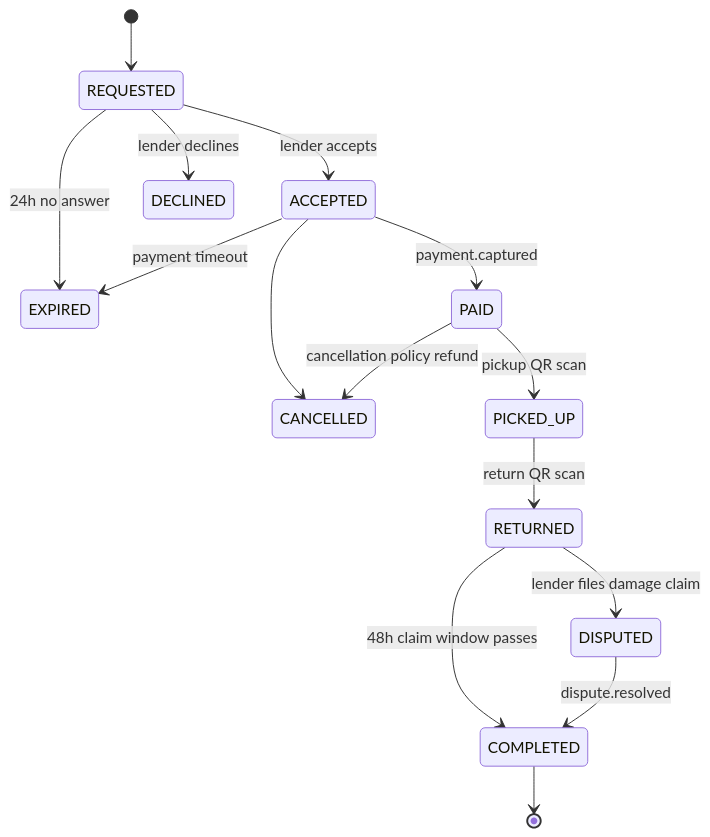
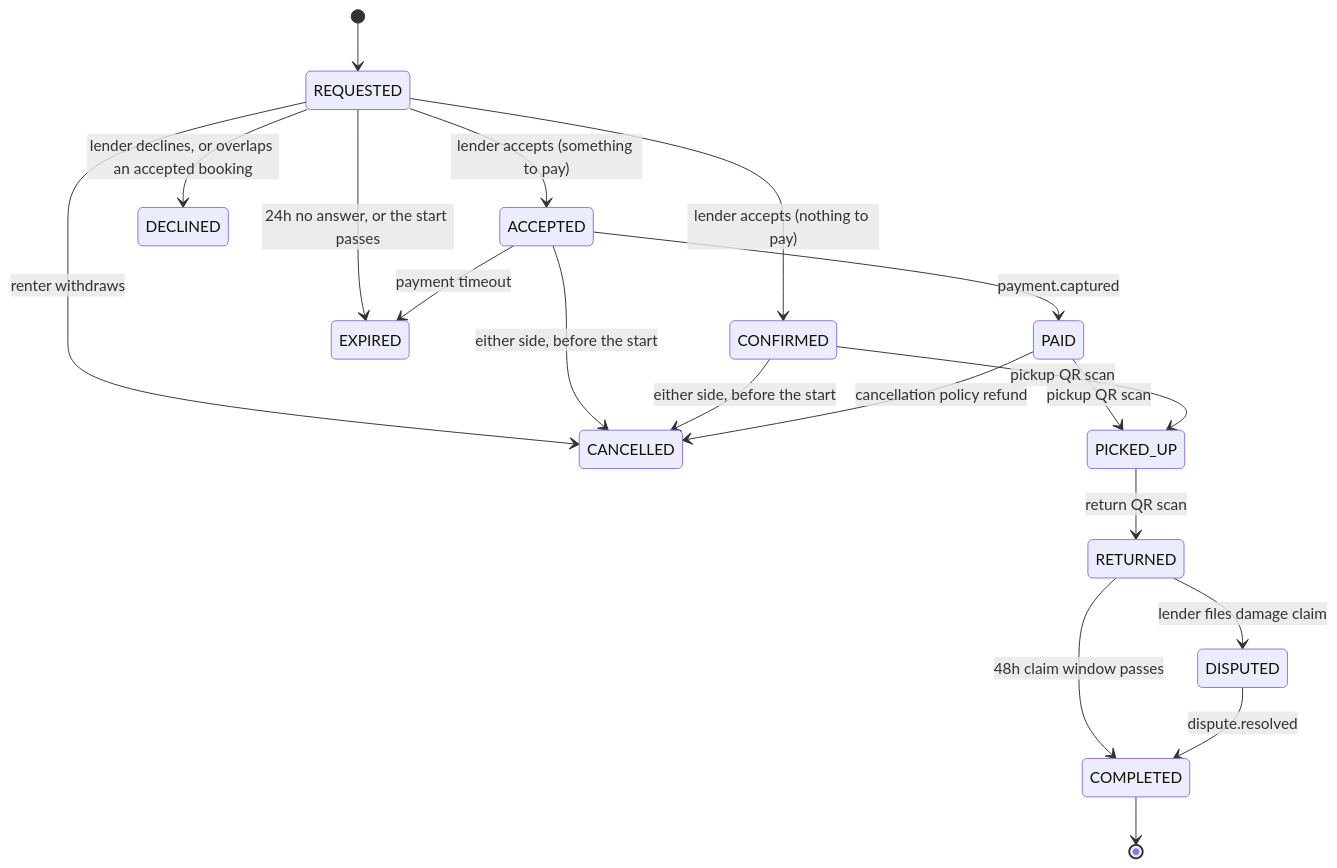
One commit to pavlmarg/BorrowBox changed the third of 4 diagrams in docs/ARCHITECTURE.md. Above: the diagram before and after it, drawn with Mermaid. The commit also changed other lines of this file and 7 other files, not shown here.

````diff
--- a/docs/ARCHITECTURE.md
+++ b/docs/ARCHITECTURE.md
@@ -174,17 +182,21 @@
 ```mermaid
 stateDiagram-v2
     [*] --> REQUESTED
-    REQUESTED --> ACCEPTED: lender accepts
-    REQUESTED --> DECLINED: lender declines
-    REQUESTED --> EXPIRED: 24h no answer
+    REQUESTED --> ACCEPTED: lender accepts (something to pay)
+    REQUESTED --> CONFIRMED: lender accepts (nothing to pay)
+    REQUESTED --> DECLINED: lender declines, or overlaps an accepted booking
+    REQUESTED --> EXPIRED: 24h no answer, or the start passes
+    REQUESTED --> CANCELLED: renter withdraws
     ACCEPTED --> PAID: payment.captured
     ACCEPTED --> EXPIRED: payment timeout
-    ACCEPTED --> CANCELLED
+    ACCEPTED --> CANCELLED: either side, before the start
+    CONFIRMED --> CANCELLED: either side, before the start
     PAID --> CANCELLED: cancellation policy refund
     PAID --> PICKED_UP: pickup QR scan
+    CONFIRMED --> PICKED_UP: pickup QR scan
     PICKED_UP --> RETURNED: return QR scan
     RETURNED --> COMPLETED: 48h claim window passes
     RETURNED --> DISPUTED: lender files damage claim
     DISPUTED --> COMPLETED: dispute.resolved
     COMPLETED --> [*]
 ```
````
